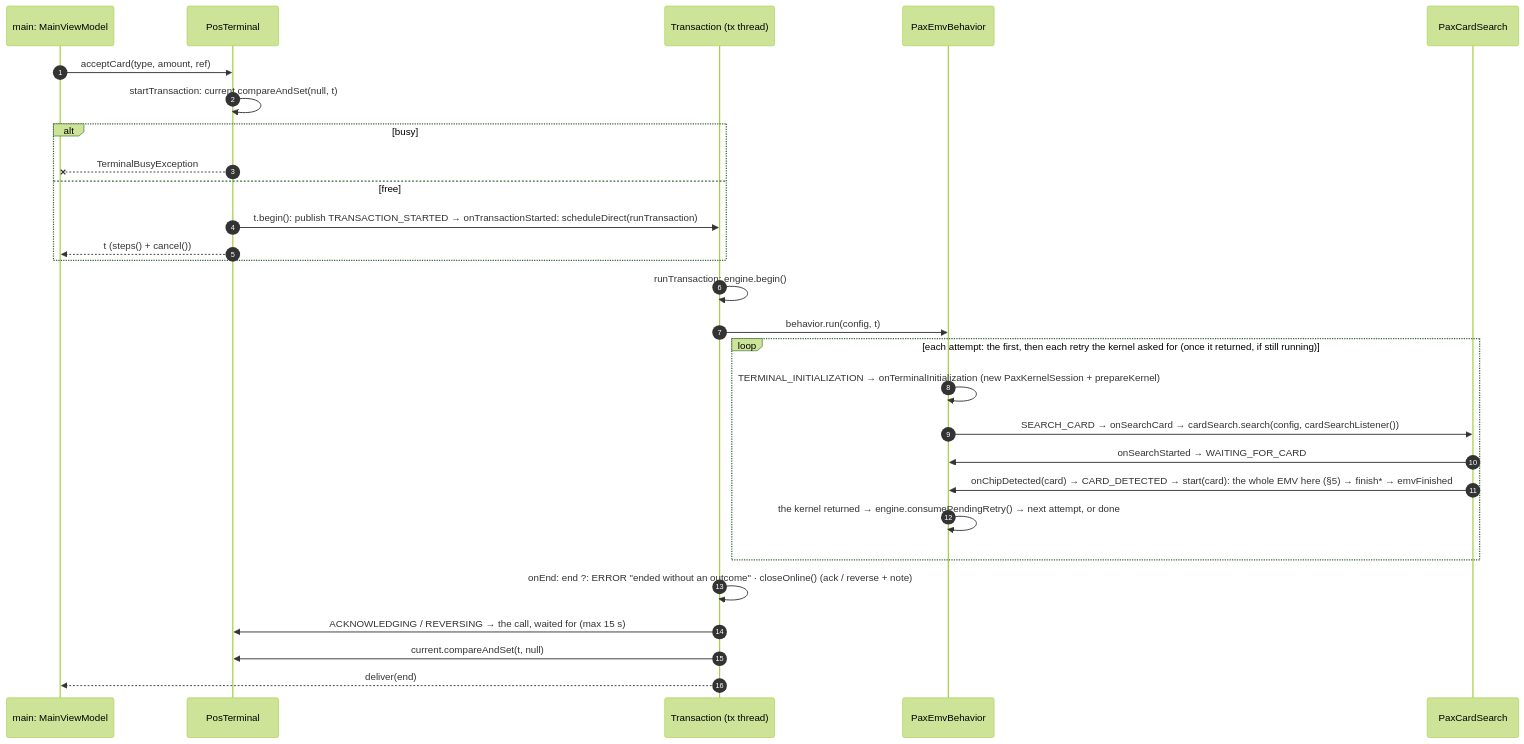
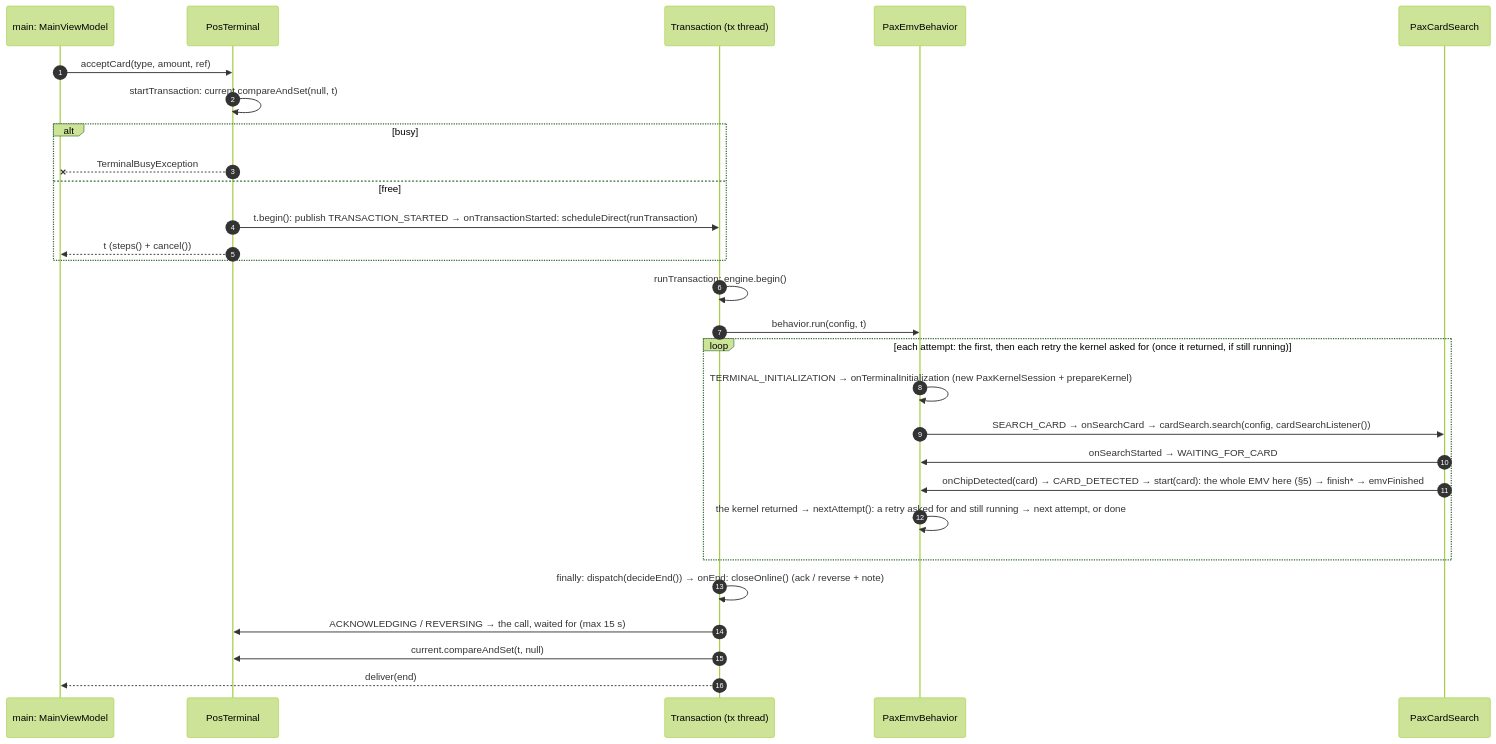
The second of 11 diagrams in doc/REFERENCE.md (berothomas33/esaylinkrefactor), drawn with Mermaid (forest theme) before and after one commit. The commit also changed other lines of this file, not shown here.

````diff
--- a/doc/REFERENCE.md
+++ b/doc/REFERENCE.md
@@ -297,30 +298,30 @@
 ```mermaid
 sequenceDiagram
   autonumber
   participant UI as main: MainViewModel
   participant PT as PosTerminal
   participant TX as Transaction (tx thread)
   participant BH as PaxEmvBehavior
   participant CS as PaxCardSearch
   UI->>PT: acceptCard(type, amount, ref)
   PT->>PT: startTransaction: current.compareAndSet(null, t)
   alt busy
     PT--xUI: TerminalBusyException
   else free
     PT->>TX: t.begin(): publish TRANSACTION_STARTED → onTransactionStarted: scheduleDirect(runTransaction)
     PT-->>UI: t (steps() + cancel())
   end
   TX->>TX: runTransaction: engine.begin()
   TX->>BH: behavior.run(config, t)
   loop each attempt: the first, then each retry the kernel asked for (once it returned, if still running)
     BH->>BH: TERMINAL_INITIALIZATION → onTerminalInitialization (new PaxKernelSession + prepareKernel)
     BH->>CS: SEARCH_CARD → onSearchCard → cardSearch.search(config, cardSearchListener())
     CS->>BH: onSearchStarted → WAITING_FOR_CARD
     CS->>BH: onChipDetected(card) → CARD_DETECTED → start(card): the whole EMV here (§5) → finish* → emvFinished
-    BH->>BH: the kernel returned → engine.consumePendingRetry() → next attempt, or done
+    BH->>BH: the kernel returned → nextAttempt(): a retry asked for and still running → next attempt, or done
   end
-  TX->>TX: onEnd: end ?: ERROR "ended without an outcome" · closeOnline() (ack / reverse + note)
+  TX->>TX: finally: dispatch(decideEnd()) → onEnd: closeOnline() (ack / reverse + note)
   TX->>PT: ACKNOWLEDGING / REVERSING → the call, waited for (max 15 s)
   TX->>PT: current.compareAndSet(t, null)
   TX-->>UI: deliver(end)
 ```
````
